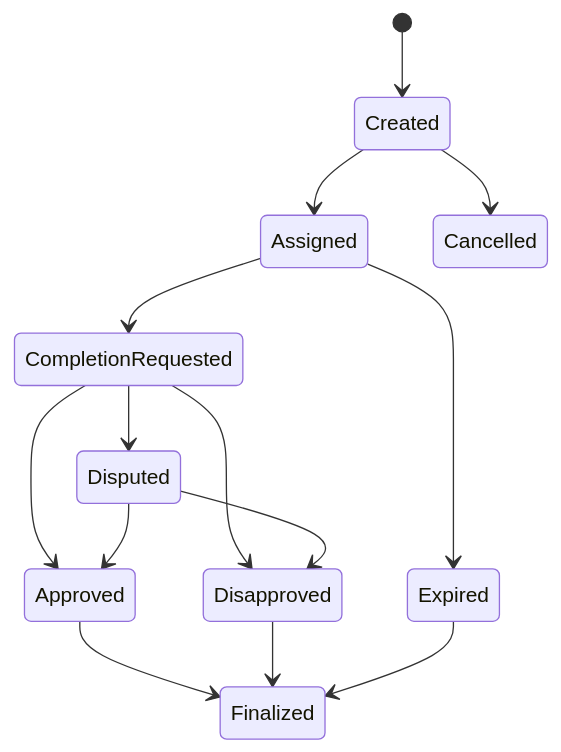
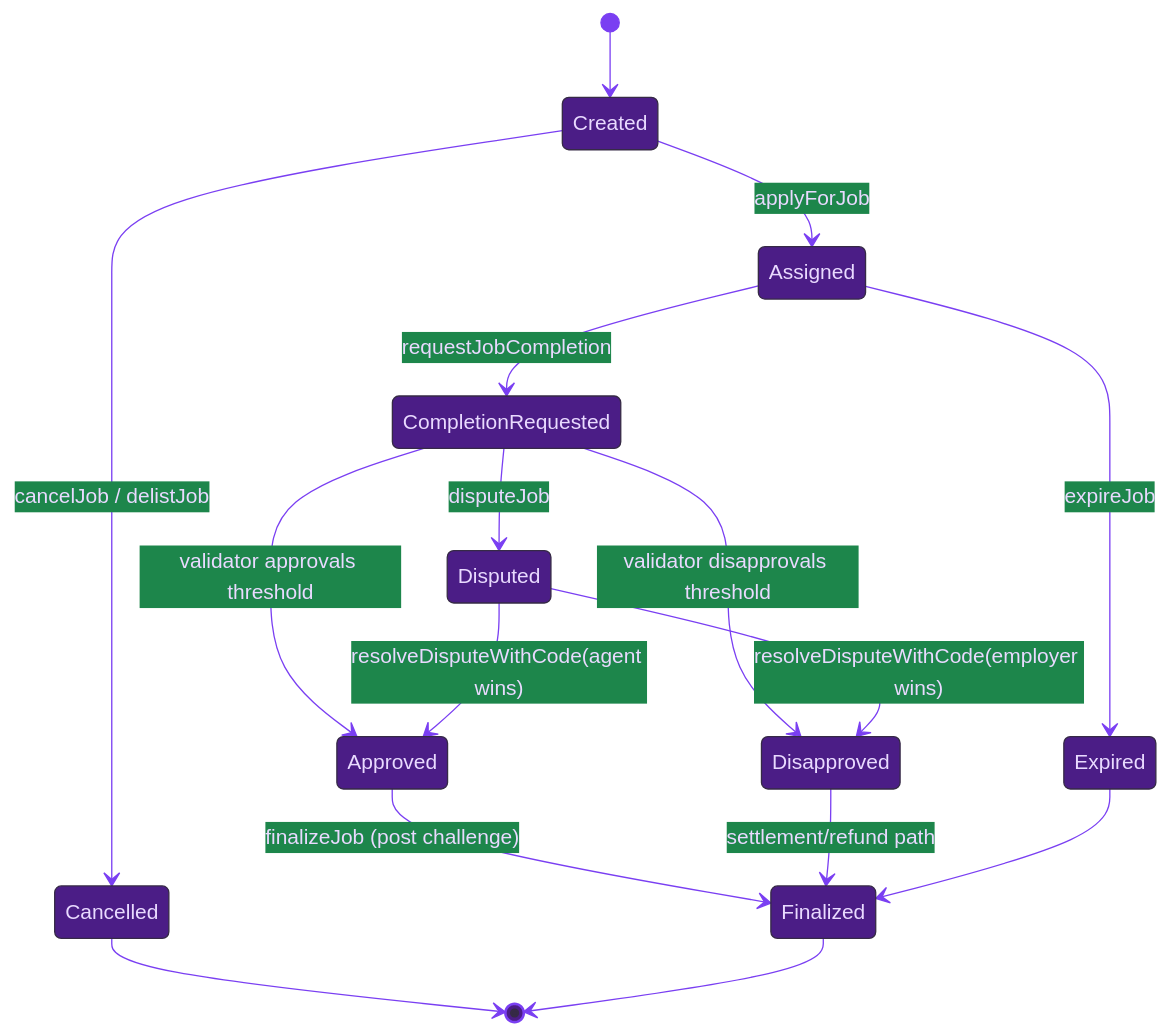
Before and after one commit to MontrealAI/AGIJobManager: the second of 2 diagrams in docs/QUINTESSENTIAL_USE_CASE.md, drawn with Mermaid. The commit also changed other lines of this file and 4 other files, not shown here.

````diff
--- a/docs/QUINTESSENTIAL_USE_CASE.md
+++ b/docs/QUINTESSENTIAL_USE_CASE.md
@@ -57,16 +54,19 @@
 ```mermaid
+%%{init: {"theme":"base","themeVariables":{"fontFamily":"ui-sans-serif, system-ui, -apple-system, Segoe UI, Roboto, Arial","background":"#14001F","primaryColor":"#4B1D86","primaryTextColor":"#E9DAFF","lineColor":"#7A3FF2","tertiaryColor":"#1B0B2A","noteBkgColor":"#1B0B2A","noteTextColor":"#E9DAFF"}}}%%
 stateDiagram-v2
   [*] --> Created
-  Created --> Assigned
-  Assigned --> CompletionRequested
-  CompletionRequested --> Approved
-  CompletionRequested --> Disapproved
-  CompletionRequested --> Disputed
-  Disputed --> Approved
-  Disputed --> Disapproved
-  Approved --> Finalized
-  Disapproved --> Finalized
-  Assigned --> Expired
+  Created --> Assigned: applyForJob
+  Assigned --> CompletionRequested: requestJobCompletion
+  CompletionRequested --> Approved: validator approvals threshold
+  CompletionRequested --> Disapproved: validator disapprovals threshold
+  CompletionRequested --> Disputed: disputeJob
+  Disputed --> Approved: resolveDisputeWithCode(agent wins)
+  Disputed --> Disapproved: resolveDisputeWithCode(employer wins)
+  Approved --> Finalized: finalizeJob (post challenge)
+  Disapproved --> Finalized: settlement/refund path
+  Assigned --> Expired: expireJob
+  Created --> Cancelled: cancelJob / delistJob
   Expired --> Finalized
-  Created --> Cancelled
+  Cancelled --> [*]
+  Finalized --> [*]
 ```
````
